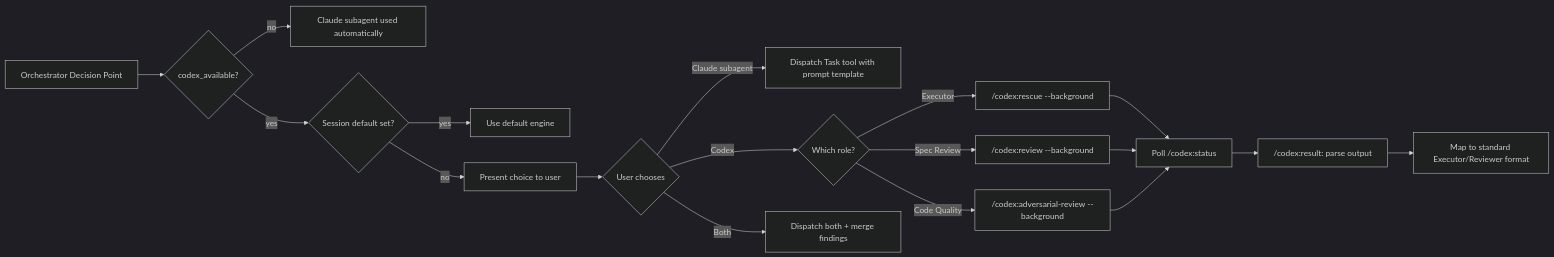
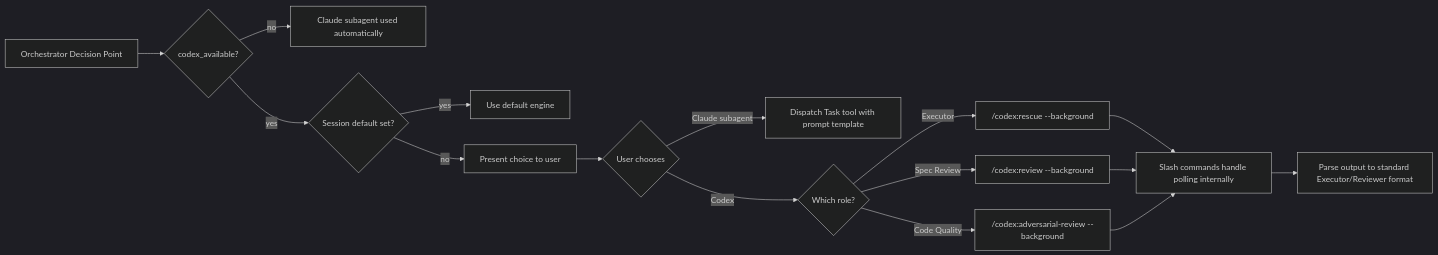
Before and after one commit to kuicao55/claude-codex-harness: the third of 3 diagrams in README.md, drawn with Mermaid (dark theme). The commit also changed other lines of this file and 8 other files, not shown here.

First line of the commit message:
chore: bump version to v3.2.3 — handoff script, Codex slash commands, flow fixes

````diff
--- a/README.md
+++ b/README.md
@@ -355,23 +354,21 @@
 ```mermaid
 flowchart LR
     A["Orchestrator Decision Point"] --> B{codex_available?}
     B -->|no| C[Claude subagent used automatically]
     B -->|yes| D{Session default set?}
     D -->|yes| E[Use default engine]
     D -->|no| F[Present choice to user]
 
     F --> G{User chooses}
     G -->|Claude subagent| H[Dispatch Task tool with prompt template]
     G -->|Codex| I{Which role?}
-    G -->|Both| J[Dispatch both + merge findings]
 
     I -->|Executor| K["/codex:rescue --background"]
     I -->|Spec Review| L["/codex:review --background"]
     I -->|Code Quality| M["/codex:adversarial-review --background"]
 
-    K --> N[Poll /codex:status]
+    K --> N[Slash commands handle polling internally]
     L --> N
     M --> N
-    N --> O["/codex:result: parse output"]
-    O --> P[Map to standard Executor/Reviewer format]
+    N --> O["Parse output to standard Executor/Reviewer format"]
 ```
````
